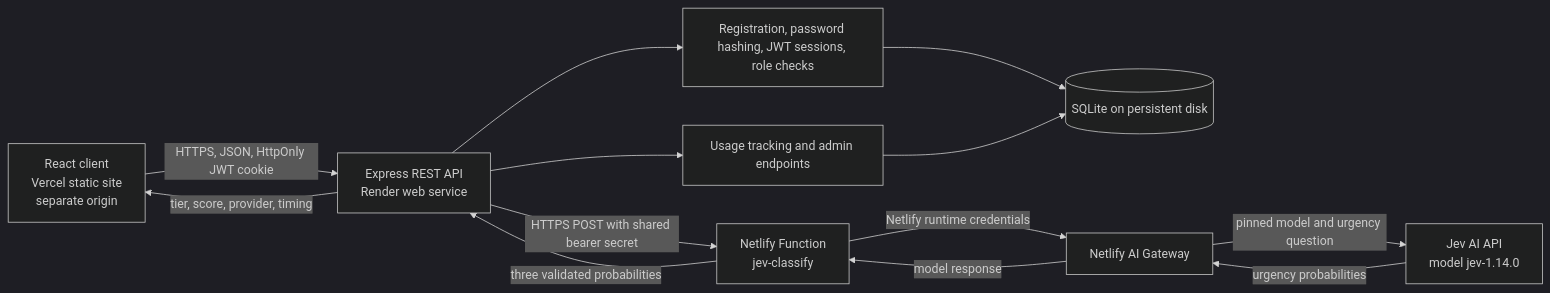
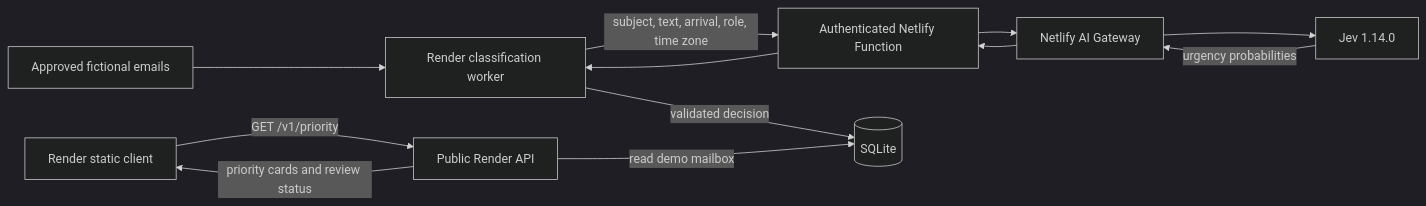
The diagram in docs/architecture.md (JonahBotelho/jev-priority-inbox), drawn with Mermaid (dark theme) before and after one commit. The commit also changed other lines of this file and 19 other files, not shown here.

Commit message:
feat: show Jev-reviewed emails in a public priority inbox

````diff
--- a/docs/architecture.md
+++ b/docs/architecture.md
@@ -3,15 +3,14 @@
 ```mermaid
 flowchart LR
-  Browser[React client\nVercel static site\nseparate origin] -->|HTTPS, JSON, HttpOnly JWT cookie| API[Express REST API\nRender web service]
-  API --> Auth[Registration, password hashing, JWT sessions, role checks]
-  Auth --> DB[(SQLite on persistent disk)]
-  API --> Usage[Usage tracking and admin endpoints]
-  Usage --> DB
-  API -->|HTTPS POST with shared bearer secret| Fn[Netlify Function\njev-classify]
-  Fn -->|Netlify runtime credentials| Gateway[Netlify AI Gateway]
-  Gateway -->|pinned model and urgency question| Jev[Jev AI API\nmodel jev-1.14.0]
+  Samples[Approved fictional emails] --> Worker[Render classification worker]
+  Worker -->|subject, text, arrival, role, time zone| Fn[Authenticated Netlify Function]
+  Fn --> Gateway[Netlify AI Gateway]
+  Gateway --> Jev[Jev 1.14.0]
   Jev -->|urgency probabilities| Gateway
-  Gateway -->|model response| Fn
-  Fn -->|three validated probabilities| API
-  API -->|tier, score, provider, timing| Browser
+  Gateway --> Fn
+  Fn --> Worker
+  Worker -->|validated decision| SQLite[(SQLite)]
+  Browser[Render static client] -->|GET /v1/priority| API[Public Render API]
+  API -->|read demo mailbox| SQLite
+  API -->|priority cards and review status| Browser
 ```
````
